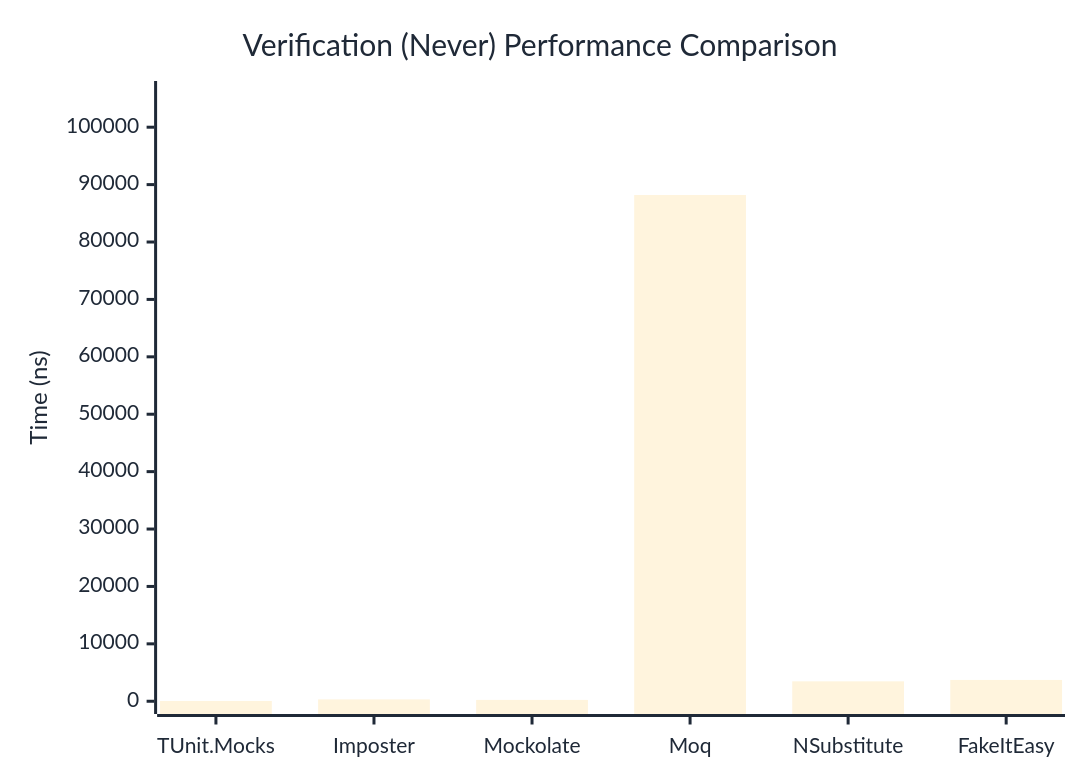
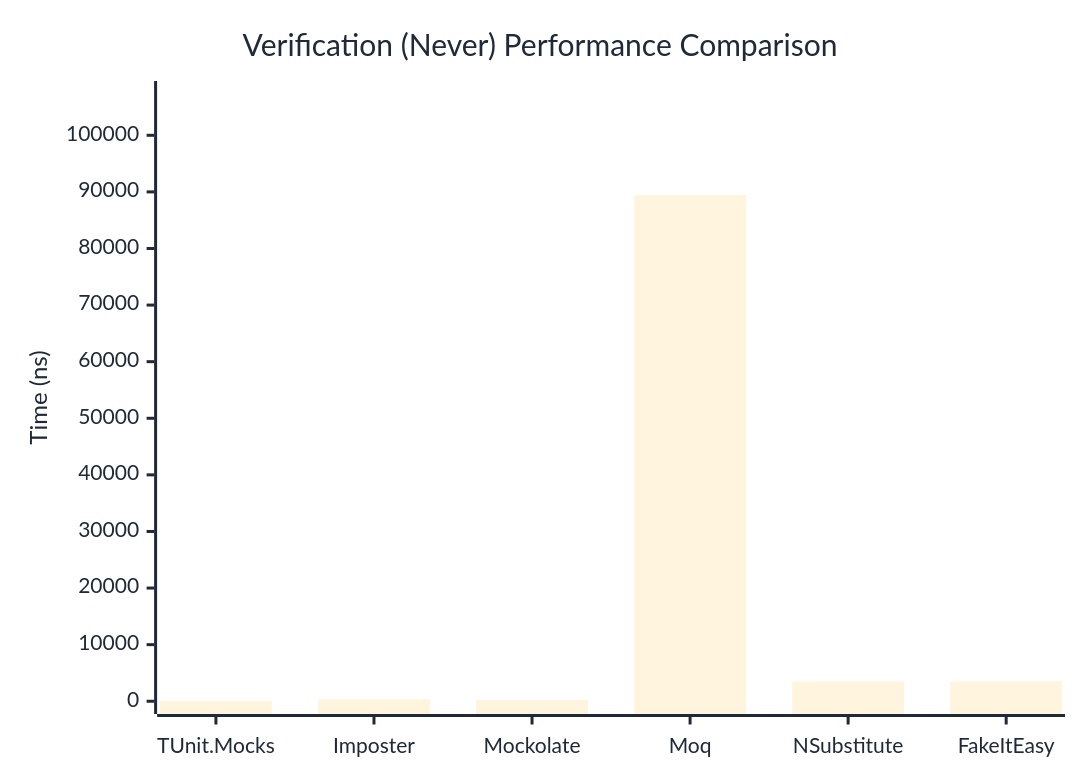
One commit to thomhurst/TUnit changed the second of 3 diagrams in docs/docs/benchmarks/mocks/Verification.md. Above: the diagram before and after it, drawn with Mermaid. The commit also changed other lines of this file and 14 other files, not shown here.

````diff
--- a/docs/docs/benchmarks/mocks/Verification.md
+++ b/docs/docs/benchmarks/mocks/Verification.md
@@ -71,27 +71,27 @@
 ```mermaid
 %%{init: {
   'theme':'base',
   'themeVariables': {
     'primaryColor': '#2563eb',
     'primaryTextColor': '#1f2937',
     'primaryBorderColor': '#1e40af',
     'lineColor': '#6b7280',
     'secondaryColor': '#7c3aed',
     'tertiaryColor': '#dc2626',
     'background': '#ffffff',
     'pie1': '#2563eb',
     'pie2': '#7c3aed',
     'pie3': '#dc2626',
     'pie4': '#f59e0b',
     'pie5': '#10b981',
     'pie6': '#06b6d4',
     'pie7': '#ec4899',
     'pie8': '#6366f1'
   }
 }}%%
 xychart-beta
   title "Verification (Never) Performance Comparison"
   x-axis ["TUnit.Mocks", "Imposter", "Mockolate", "Moq", "NSubstitute", "FakeItEasy"]
-  y-axis "Time (ns)" 0 --> 105828
-  bar [52.05, 322.7, 232.6, 88189.86, 3468.49, 3714.65]
+  y-axis "Time (ns)" 0 --> 107341
+  bar [51.32, 325.86, 225.32, 89450.53, 3498.94, 3523.12]
 ```
````
